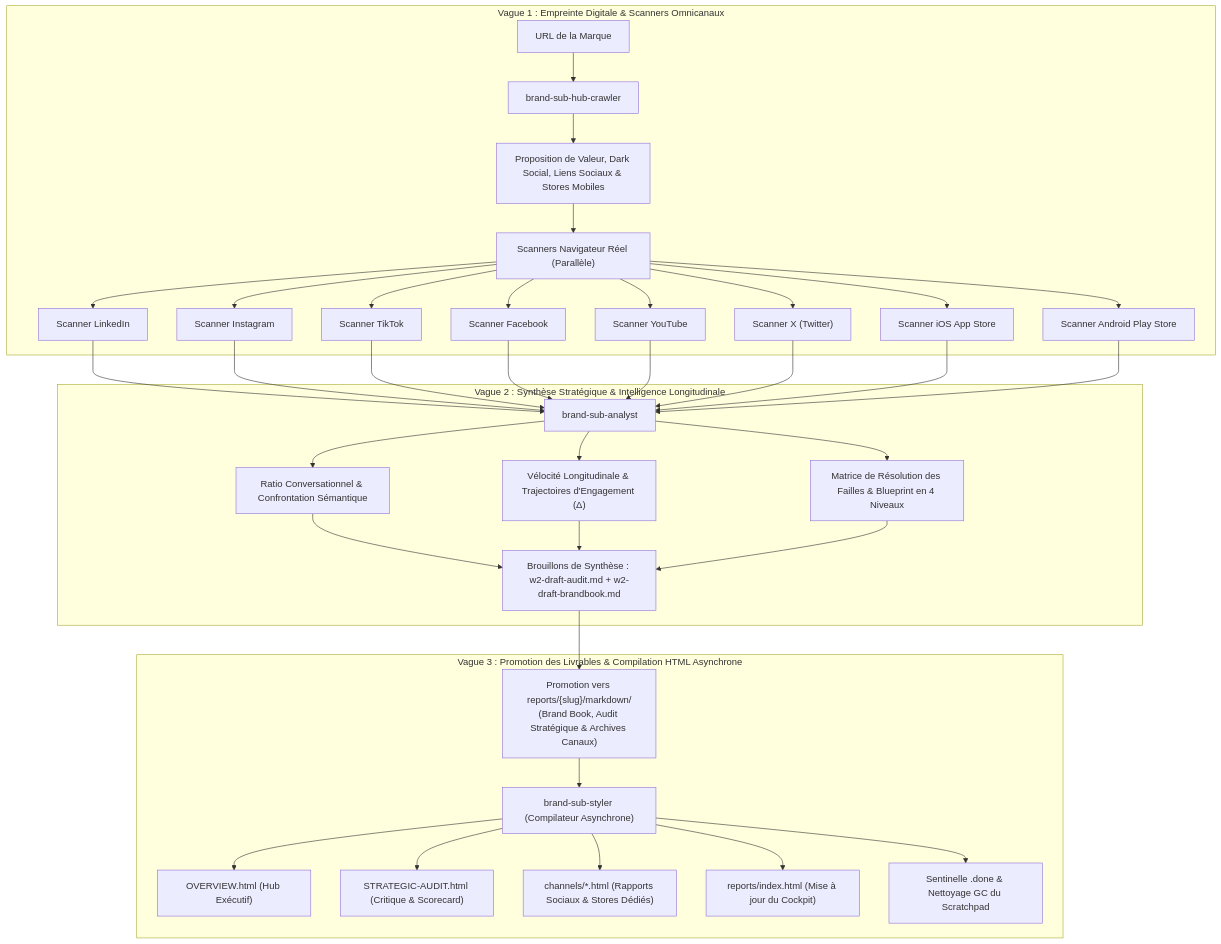
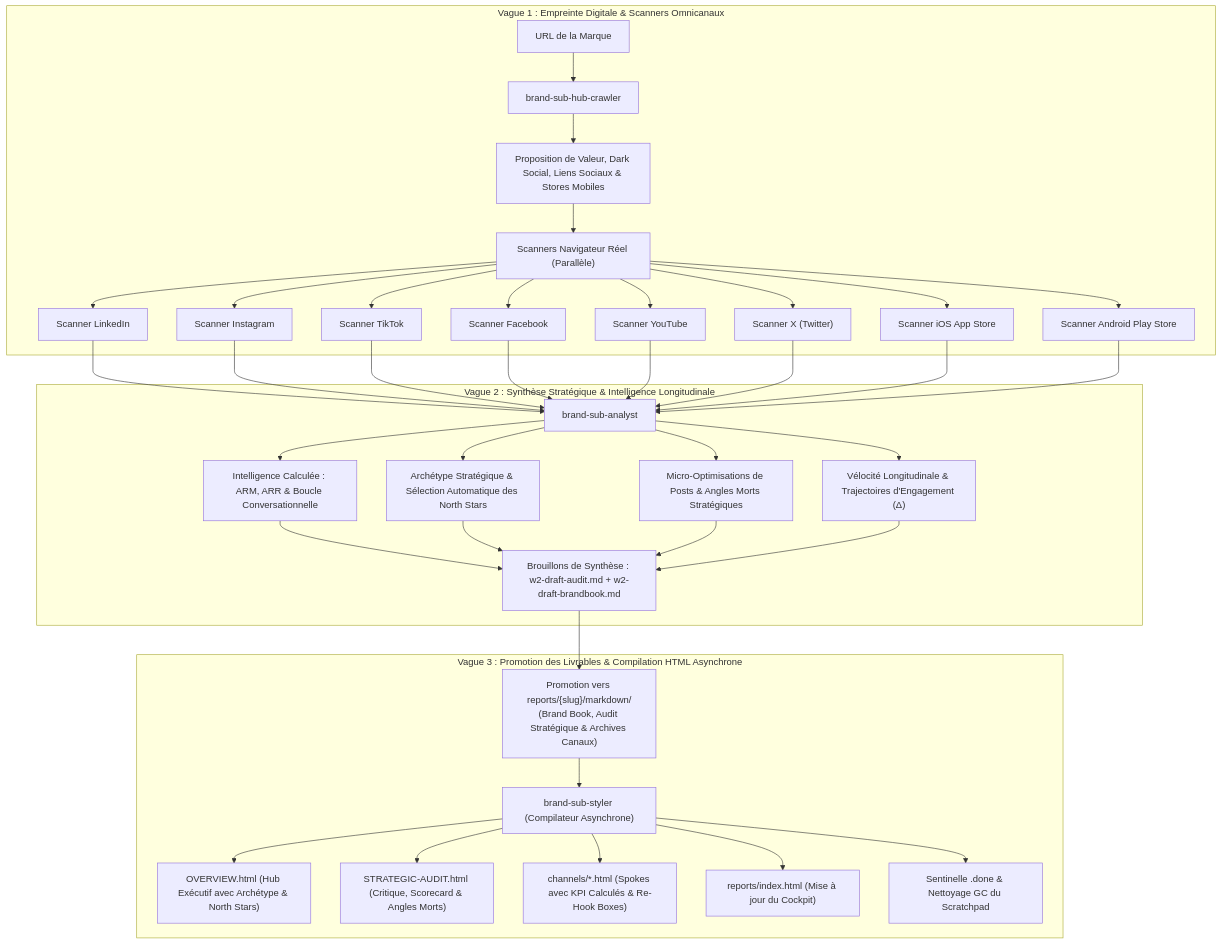
One commit to nicolasvd/brand-agents-agy changed the diagram in README.fr.md. Above: the diagram before and after it, drawn with Mermaid. The commit also changed other lines of this file and 17 other files, not shown here.

````diff
--- a/README.fr.md
+++ b/README.fr.md
@@ -46,34 +46,35 @@
 ```mermaid
 flowchart TD
     subgraph Wave1["Vague 1 : Empreinte Digitale & Scanners Omnicanaux"]
         A["URL de la Marque"] --> B["brand-sub-hub-crawler"]
         B --> C["Proposition de Valeur, Dark Social, Liens Sociaux & Stores Mobiles"]
         C --> D["Scanners Navigateur Réel (Parallèle)"]
         D --> D1["Scanner LinkedIn"]
         D --> D2["Scanner Instagram"]
         D --> D3["Scanner TikTok"]
         D --> D4["Scanner Facebook"]
         D --> D5["Scanner YouTube"]
         D --> D6["Scanner X (Twitter)"]
         D --> D7["Scanner iOS App Store"]
         D --> D8["Scanner Android Play Store"]
     end
 
     subgraph Wave2["Vague 2 : Synthèse Stratégique & Intelligence Longitudinale"]
         D1 & D2 & D3 & D4 & D5 & D6 & D7 & D8 --> E["brand-sub-analyst"]
-        E --> F["Ratio Conversationnel & Confrontation Sémantique"]
-        E --> G["Vélocité Longitudinale & Trajectoires d'Engagement (Δ)"]
-        E --> H["Matrice de Résolution des Failles & Blueprint en 4 Niveaux"]
-        F & G & H --> I["Brouillons de Synthèse : w2-draft-audit.md + w2-draft-brandbook.md"]
+        E --> F["Intelligence Calculée : ARM, ARR & Boucle Conversationnelle"]
+        E --> G["Archétype Stratégique & Sélection Automatique des North Stars"]
+        E --> H["Micro-Optimisations de Posts & Angles Morts Stratégiques"]
+        E --> I["Vélocité Longitudinale & Trajectoires d'Engagement (Δ)"]
+        F & G & H & I --> J["Brouillons de Synthèse : w2-draft-audit.md + w2-draft-brandbook.md"]
     end
 
     subgraph Wave3["Vague 3 : Promotion des Livrables & Compilation HTML Asynchrone"]
-        I --> J["Promotion vers reports/{slug}/markdown/<br/>(Brand Book, Audit Stratégique & Archives Canaux)"]
-        J --> K["brand-sub-styler (Compilateur Asynchrone)"]
-        K --> L["OVERVIEW.html (Hub Exécutif)"]
-        K --> M["STRATEGIC-AUDIT.html (Critique & Scorecard)"]
-        K --> N["channels/*.html (Rapports Sociaux & Stores Dédiés)"]
-        K --> O["reports/index.html (Mise à jour du Cockpit)"]
-        K --> P["Sentinelle .done & Nettoyage GC du Scratchpad"]
+        J --> K["Promotion vers reports/{slug}/markdown/<br/>(Brand Book, Audit Stratégique & Archives Canaux)"]
+        K --> L["brand-sub-styler (Compilateur Asynchrone)"]
+        L --> M["OVERVIEW.html (Hub Exécutif avec Archétype & North Stars)"]
+        L --> N["STRATEGIC-AUDIT.html (Critique, Scorecard & Angles Morts)"]
+        L --> O["channels/*.html (Spokes avec KPI Calculés & Re-Hook Boxes)"]
+        L --> P["reports/index.html (Mise à jour du Cockpit)"]
+        L --> Q["Sentinelle .done & Nettoyage GC du Scratchpad"]
     end
 ```
````
